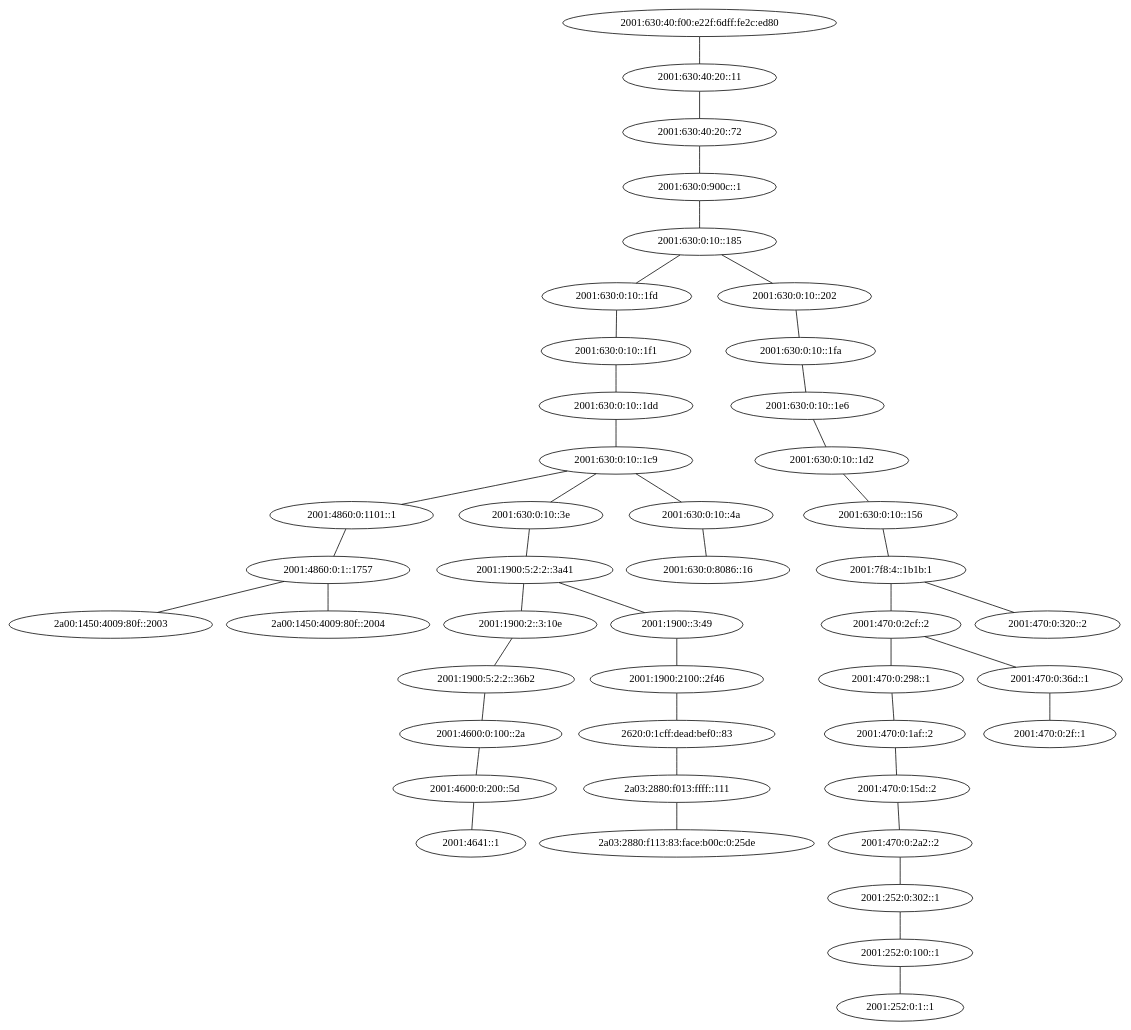
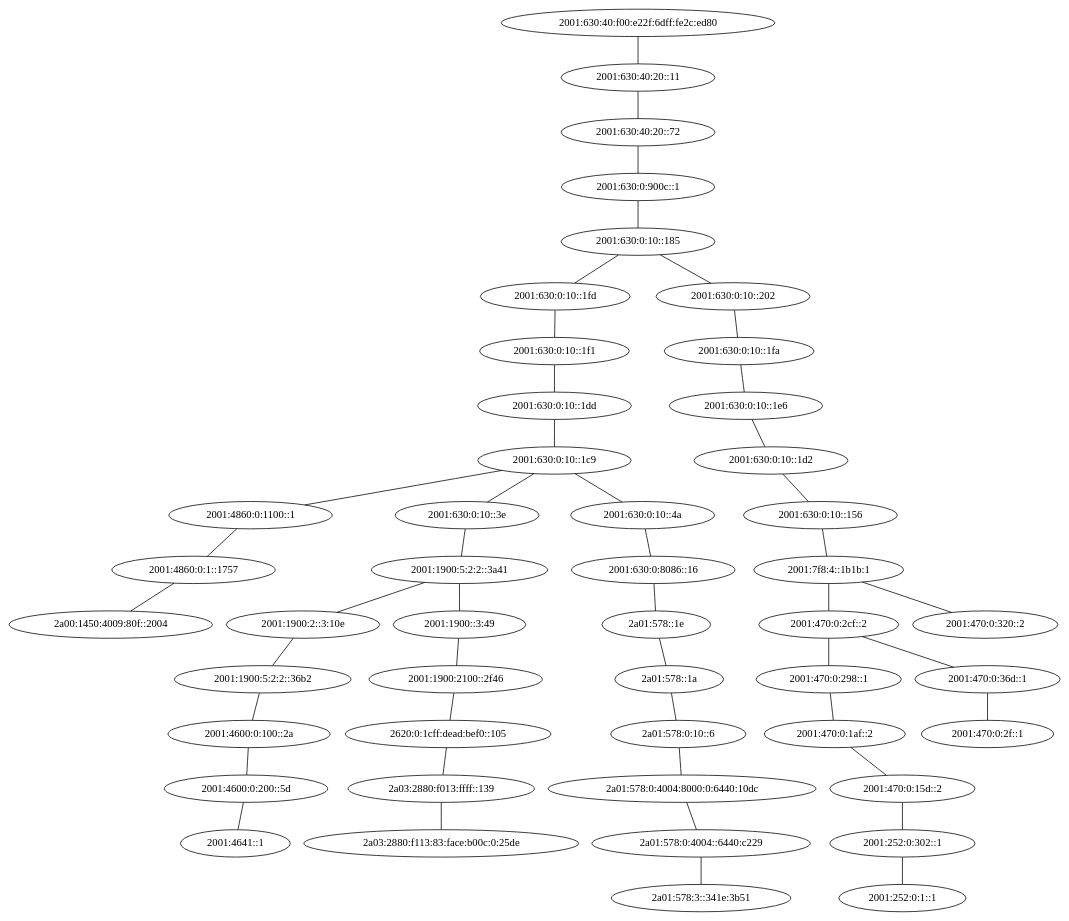
One commit to AlexTrew/Network_Topology changed the diagram in router-topology-v6.dot. Above: the diagram before and after it, drawn with Graphviz. The commit also changed 24 other files, not shown here.

```diff
--- a/router-topology-v6.dot
+++ b/router-topology-v6.dot
@@ -1,45 +1,48 @@
 graph routertopology {
-"2001:1900:2100::2f46"  -- "2620:0:1cff:dead:bef0::83"
+"2001:1900:2100::2f46"  -- "2620:0:1cff:dead:bef0::105"
 "2001:1900:2::3:10e"  -- "2001:1900:5:2:2::36b2"
 "2001:1900::3:49"  -- "2001:1900:2100::2f46"
 "2001:1900:5:2:2::36b2"  -- "2001:4600:0:100::2a"
 "2001:1900:5:2:2::3a41"  -- "2001:1900:2::3:10e"
 "2001:1900:5:2:2::3a41"  -- "2001:1900::3:49"
-"2001:252:0:100::1"  -- "2001:252:0:1::1"
-"2001:252:0:302::1"  -- "2001:252:0:100::1"
+"2001:252:0:302::1"  -- "2001:252:0:1::1"
 "2001:4600:0:100::2a"  -- "2001:4600:0:200::5d"
 "2001:4600:0:200::5d"  -- "2001:4641::1"
-"2001:470:0:15d::2"  -- "2001:470:0:2a2::2"
+"2001:470:0:15d::2"  -- "2001:252:0:302::1"
 "2001:470:0:1af::2"  -- "2001:470:0:15d::2"
 "2001:470:0:298::1"  -- "2001:470:0:1af::2"
-"2001:470:0:2a2::2"  -- "2001:252:0:302::1"
 "2001:470:0:2cf::2"  -- "2001:470:0:298::1"
 "2001:470:0:2cf::2"  -- "2001:470:0:36d::1"
 "2001:470:0:36d::1"  -- "2001:470:0:2f::1"
-"2001:4860:0:1101::1"  -- "2001:4860:0:1::1757"
-"2001:4860:0:1::1757"  -- "2a00:1450:4009:80f::2003"
+"2001:4860:0:1100::1"  -- "2001:4860:0:1::1757"
 "2001:4860:0:1::1757"  -- "2a00:1450:4009:80f::2004"
 "2001:630:0:10::156"  -- "2001:7f8:4::1b1b:1"
 "2001:630:0:10::185"  -- "2001:630:0:10::1fd"
 "2001:630:0:10::185"  -- "2001:630:0:10::202"
-"2001:630:0:10::1c9"  -- "2001:4860:0:1101::1"
+"2001:630:0:10::1c9"  -- "2001:4860:0:1100::1"
 "2001:630:0:10::1c9"  -- "2001:630:0:10::3e"
 "2001:630:0:10::1c9"  -- "2001:630:0:10::4a"
 "2001:630:0:10::1d2"  -- "2001:630:0:10::156"
 "2001:630:0:10::1dd"  -- "2001:630:0:10::1c9"
 "2001:630:0:10::1e6"  -- "2001:630:0:10::1d2"
 "2001:630:0:10::1f1"  -- "2001:630:0:10::1dd"
 "2001:630:0:10::1fa"  -- "2001:630:0:10::1e6"
 "2001:630:0:10::1fd"  -- "2001:630:0:10::1f1"
 "2001:630:0:10::202"  -- "2001:630:0:10::1fa"
 "2001:630:0:10::3e"  -- "2001:1900:5:2:2::3a41"
 "2001:630:0:10::4a"  -- "2001:630:0:8086::16"
+"2001:630:0:8086::16"  -- "2a01:578::1e"
 "2001:630:0:900c::1"  -- "2001:630:0:10::185"
 "2001:630:40:20::11"  -- "2001:630:40:20::72"
 "2001:630:40:20::72"  -- "2001:630:0:900c::1"
 "2001:630:40:f00:e22f:6dff:fe2c:ed80"  -- "2001:630:40:20::11"
 "2001:7f8:4::1b1b:1"  -- "2001:470:0:2cf::2"
 "2001:7f8:4::1b1b:1"  -- "2001:470:0:320::2"
-"2620:0:1cff:dead:bef0::83"  -- "2a03:2880:f013:ffff::111"
-"2a03:2880:f013:ffff::111"  -- "2a03:2880:f113:83:face:b00c:0:25de"
+"2620:0:1cff:dead:bef0::105"  -- "2a03:2880:f013:ffff::139"
+"2a01:578:0:10::6"  -- "2a01:578:0:4004:8000:0:6440:10dc"
+"2a01:578:0:4004::6440:c229"  -- "2a01:578:3::341e:3b51"
+"2a01:578:0:4004:8000:0:6440:10dc"  -- "2a01:578:0:4004::6440:c229"
+"2a01:578::1a"  -- "2a01:578:0:10::6"
+"2a01:578::1e"  -- "2a01:578::1a"
+"2a03:2880:f013:ffff::139"  -- "2a03:2880:f113:83:face:b00c:0:25de"
 }
```
